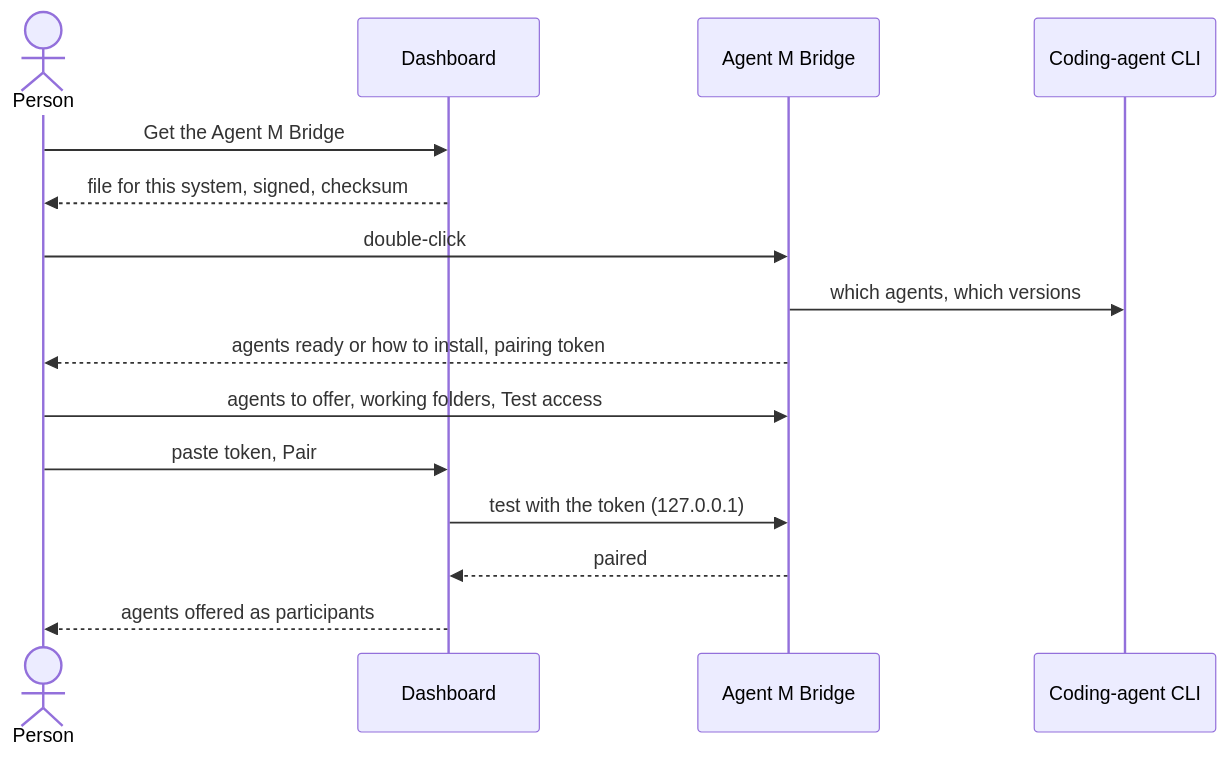
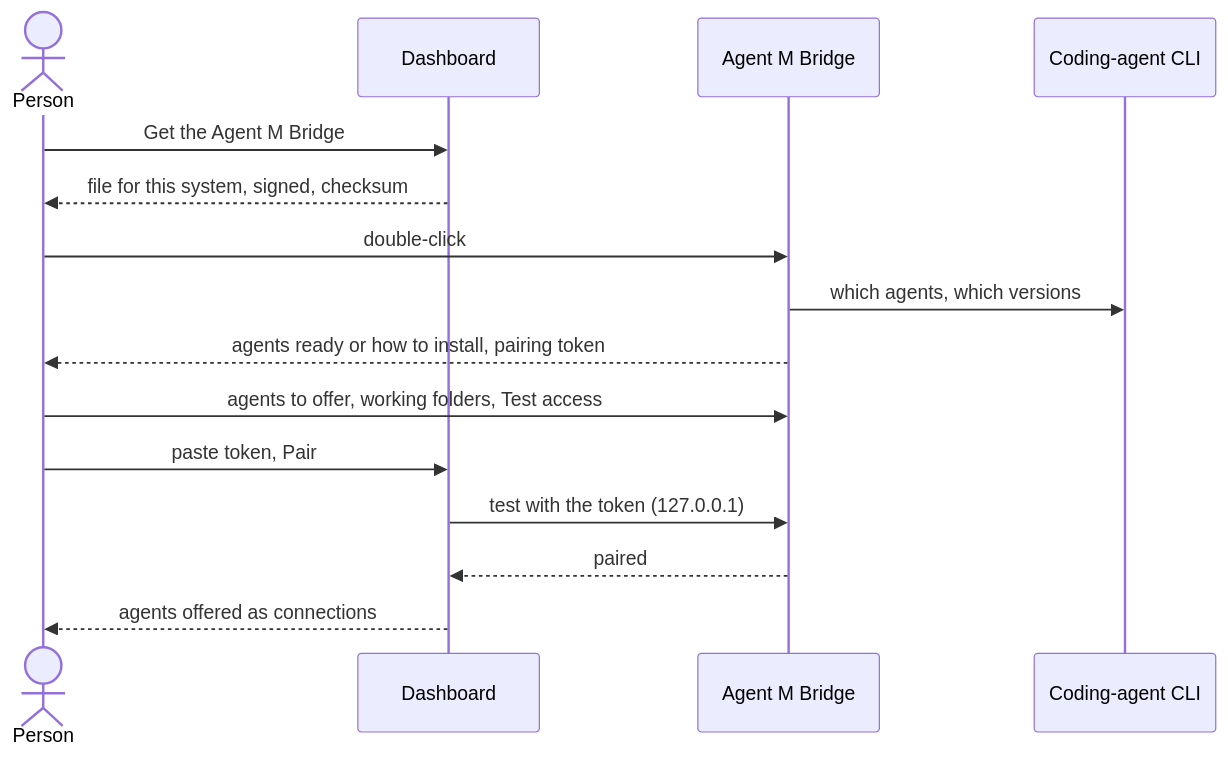
The diagram in docs/use-cases/UC-044-install-and-pair-the-bridge.md (akmaier/agent-m), drawn with Mermaid before and after one commit. The commit also changed other lines of this file and 47 other files, not shown here.

````diff
--- a/docs/use-cases/UC-044-install-and-pair-the-bridge.md
+++ b/docs/use-cases/UC-044-install-and-pair-the-bridge.md
@@ -86,17 +93,17 @@
 ```mermaid
 sequenceDiagram
     actor P as Person
     participant D as Dashboard
     participant B as Agent M Bridge
     participant C as Coding-agent CLI
     P->>D: Get the Agent M Bridge
     D-->>P: file for this system, signed, checksum
     P->>B: double-click
     B->>C: which agents, which versions
     B-->>P: agents ready or how to install, pairing token
     P->>B: agents to offer, working folders, Test access
     P->>D: paste token, Pair
     D->>B: test with the token (127.0.0.1)
     B-->>D: paired
-    D-->>P: agents offered as participants
+    D-->>P: agents offered as connections
 ```
````
